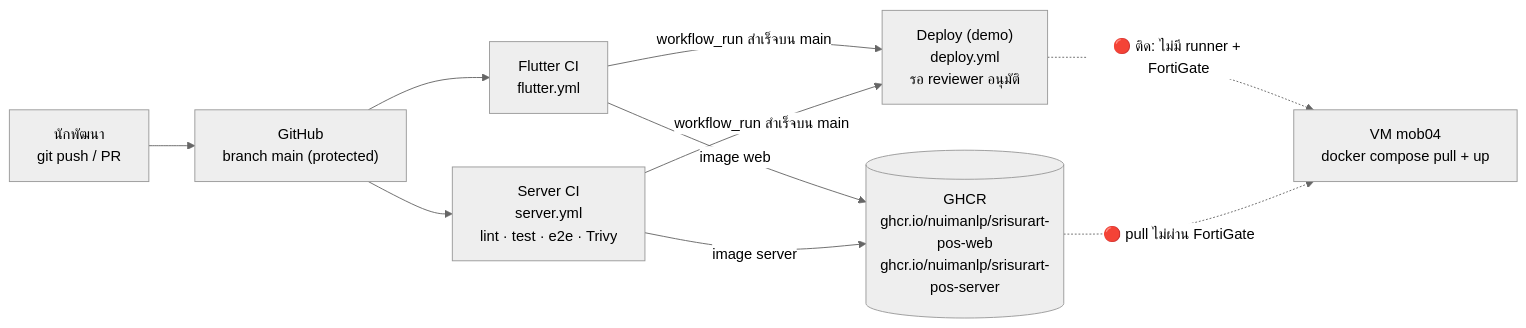
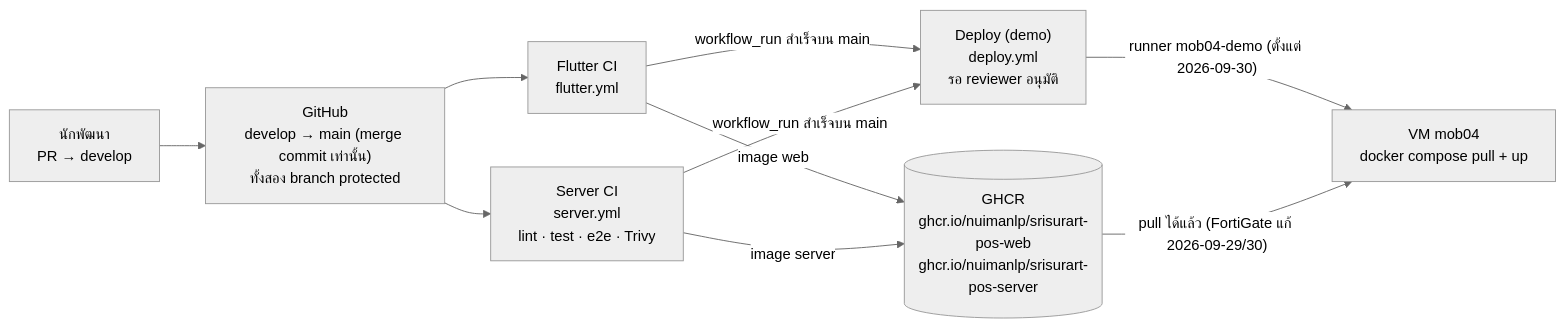
Before and after one commit to NuimanLP/srisurart-pos-flutter: the third of 4 diagrams in docs/study/02_architecture.md, drawn with Mermaid (neutral theme). The commit also changed other lines of this file and 20 other files, not shown here.

````diff
--- a/docs/study/02_architecture.md
+++ b/docs/study/02_architecture.md
@@ -408,11 +433,11 @@
 ```mermaid
 flowchart LR
-  DEV["นักพัฒนา<br/>git push / PR"] --> GH["GitHub<br/>branch main (protected)"]
+  DEV["นักพัฒนา<br/>PR → develop"] --> GH["GitHub<br/>develop → main (merge commit เท่านั้น)<br/>ทั้งสอง branch protected"]
   GH --> FCI["Flutter CI<br/>flutter.yml"]
   GH --> SCI["Server CI<br/>server.yml<br/>lint · test · e2e · Trivy"]
   FCI -- "image web" --> GHCR[("GHCR<br/>ghcr.io/nuimanlp/srisurart-pos-web<br/>ghcr.io/nuimanlp/srisurart-pos-server")]
   SCI -- "image server" --> GHCR
   FCI & SCI -- "workflow_run สำเร็จบน main" --> DEP["Deploy (demo)<br/>deploy.yml<br/>รอ reviewer อนุมัติ"]
-  DEP -. "🔴 ติด: ไม่มี runner + FortiGate" .-> VM["VM mob04<br/>docker compose pull + up"]
-  GHCR -. "🔴 pull ไม่ผ่าน FortiGate" .-> VM
+  DEP -- "runner mob04-demo (ตั้งแต่ 2026-09-30)" --> VM["VM mob04<br/>docker compose pull + up"]
+  GHCR -- "pull ได้แล้ว (FortiGate แก้ 2026-09-29/30)" --> VM
 ```
````
